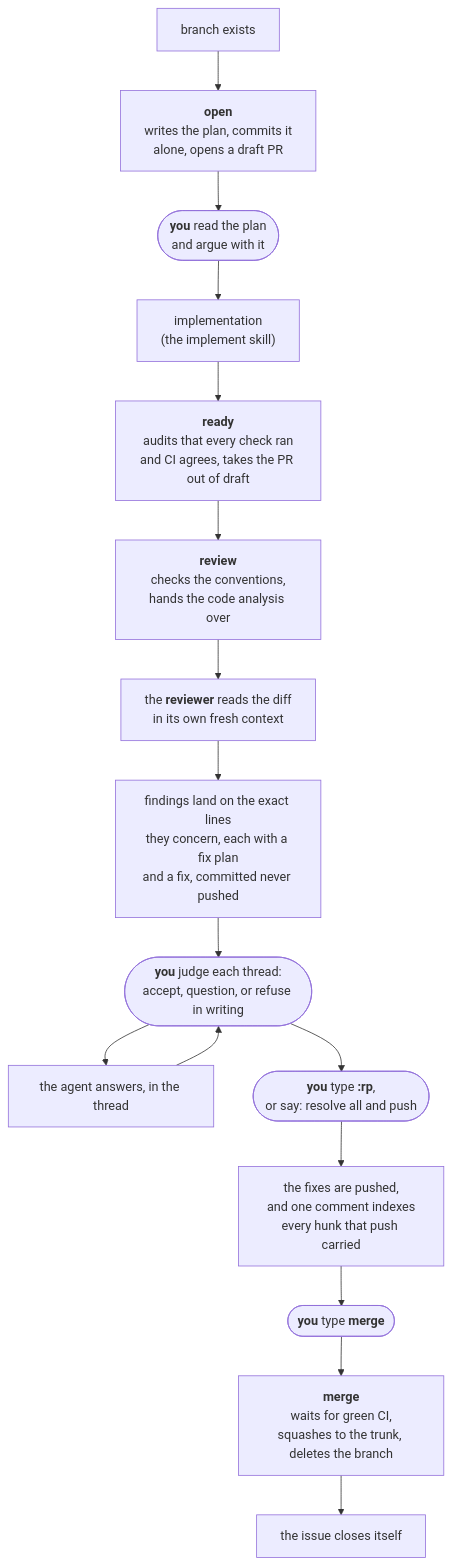
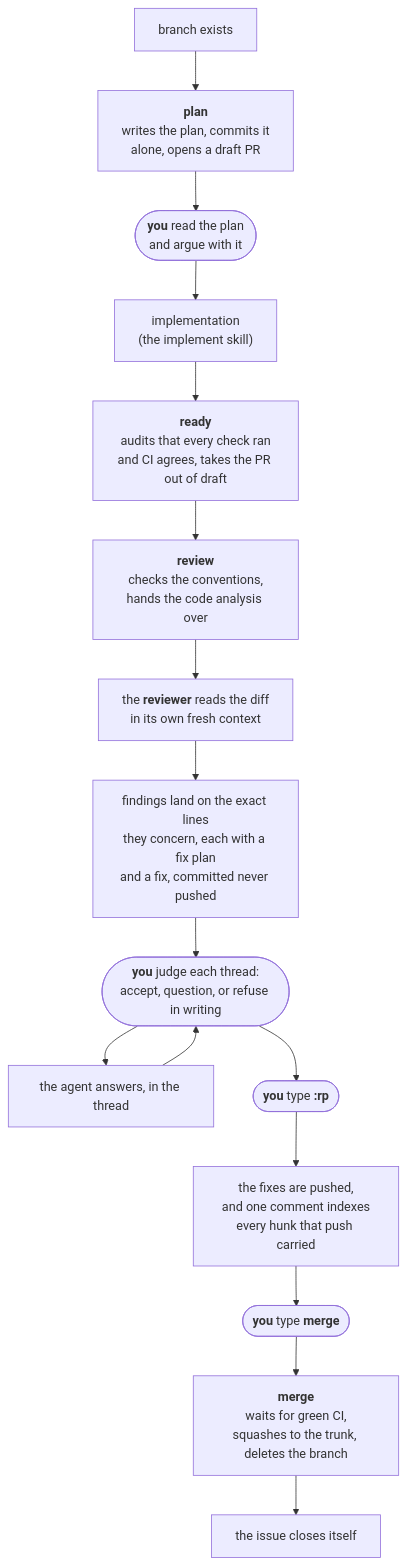
The diagram in plugins/gh-solo/skills/pr-flow/README.md (izkreny/agentifico), drawn with Mermaid before and after one commit. The commit also changed other lines of this file and 26 other files, not shown here.

````diff
--- a/plugins/gh-solo/skills/pr-flow/README.md
+++ b/plugins/gh-solo/skills/pr-flow/README.md
@@ -24,18 +24,18 @@
 ```mermaid
 flowchart TD
-    A["branch exists"] --> B["<b>open</b><br/>writes the plan, commits it<br/>alone, opens a draft PR"]
+    A["branch exists"] --> B["<b>plan</b><br/>writes the plan, commits it<br/>alone, opens a draft PR"]
     B --> STOP(["<b>you</b> read the plan<br/>and argue with it"])
     STOP --> C["implementation<br/>(the implement skill)"]
     C --> D["<b>ready</b><br/>audits that every check ran<br/>and CI agrees, takes the PR out of draft"]
     D --> E["<b>review</b><br/>checks the conventions,<br/>hands the code analysis over"]
     E --> F["the <b>reviewer</b> reads the diff<br/>in its own fresh context"]
     F --> G["findings land on the exact lines<br/>they concern, each with a fix plan<br/>and a fix, committed never pushed"]
     G --> Q(["<b>you</b> judge each thread:<br/>accept, question, or refuse in writing"])
     Q --> R["the agent answers, in the thread"]
     R --> Q
-    Q --> S(["<b>you</b> type <b>:rp</b>,<br/>or say: resolve all and push"])
+    Q --> S(["<b>you</b> type <b>:rp</b>"])
     S --> T["the fixes are pushed,<br/>and one comment indexes<br/>every hunk that push carried"]
     T --> U(["<b>you</b> type <b>merge</b>"])
     U --> J["<b>merge</b><br/>waits for green CI,<br/>squashes to the trunk, deletes the branch"]
     J --> K["the issue closes itself"]
 ```
````
